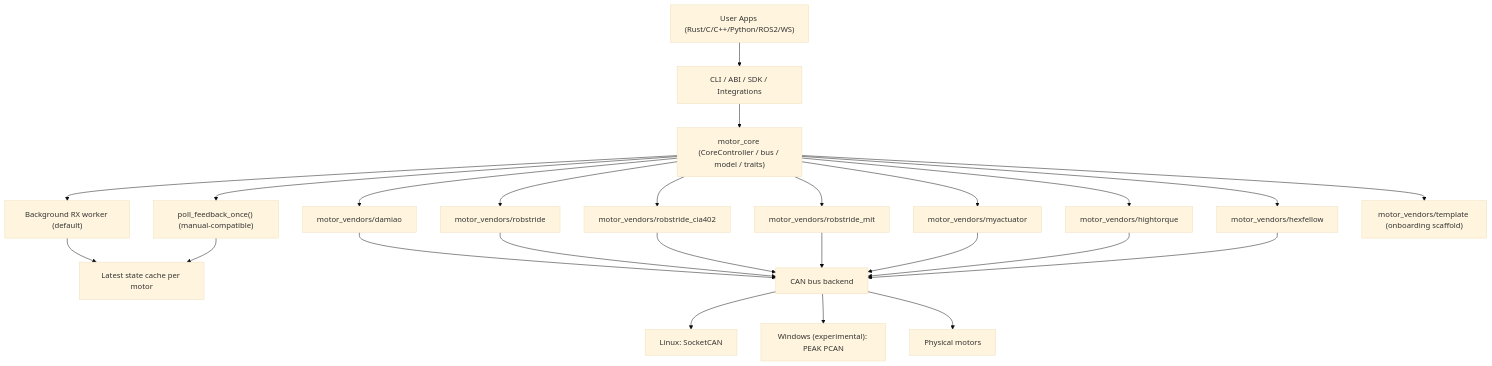
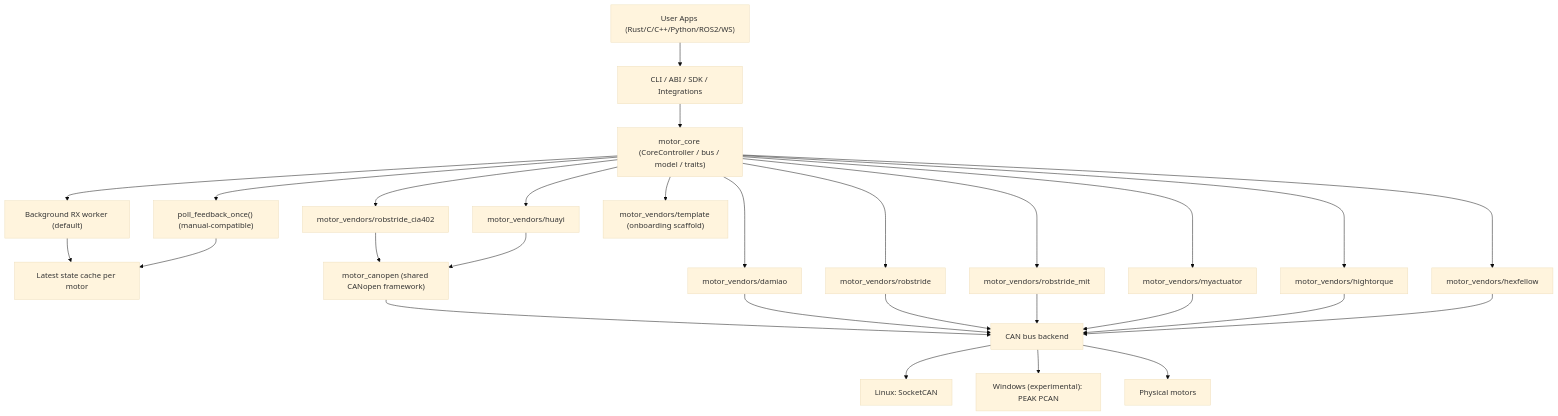
The first of 3 diagrams in README.md (motorbridge/motorbridge), drawn with Mermaid (base theme) before and after one commit. The commit also changed other lines of this file and 104 other files, not shown here.

First line of the commit message:
feat(huayi): add Huayi CANopen joint driver end-to-end

````diff
--- a/README.md
+++ b/README.md
@@ -238,27 +250,30 @@
 ```mermaid
 flowchart TB
   APP["User Apps (Rust/C/C++/Python/ROS2/WS)"] --> SURFACE["CLI / ABI / SDK / Integrations"]
   SURFACE --> CORE["motor_core (CoreController / bus / model / traits)"]
   CORE --> RX["Background RX worker (default)"]
   CORE --> MANUAL["poll_feedback_once() (manual-compatible)"]
   RX --> CACHE["Latest state cache per motor"]
   MANUAL --> CACHE
   CORE --> DAMIAO["motor_vendors/damiao"]
   CORE --> ROBSTRIDE["motor_vendors/robstride"]
   CORE --> ROBSTRIDE_CIA402["motor_vendors/robstride_cia402"]
   CORE --> ROBSTRIDE_MIT["motor_vendors/robstride_mit"]
   CORE --> MYACT["motor_vendors/myactuator"]
   CORE --> HIGHTORQUE["motor_vendors/hightorque"]
   CORE --> HEXFELLOW["motor_vendors/hexfellow"]
+  CORE --> HUAYI["motor_vendors/huayi"]
   CORE --> TEMPLATE["motor_vendors/template (onboarding scaffold)"]
-  DAMIAO --> CAN["CAN bus backend"]
+  ROBSTRIDE_CIA402 --> CANOPEN["motor_canopen (shared CANopen framework)"]
+  HUAYI --> CANOPEN
+  CANOPEN --> CAN["CAN bus backend"]
+  DAMIAO --> CAN
   ROBSTRIDE --> CAN
-  ROBSTRIDE_CIA402 --> CAN
   ROBSTRIDE_MIT --> CAN
   MYACT --> CAN
   HIGHTORQUE --> CAN
   HEXFELLOW --> CAN
   CAN --> LNX["Linux: SocketCAN"]
   CAN --> WIN["Windows (experimental): PEAK PCAN"]
   CAN --> HW["Physical motors"]
 ```
````
